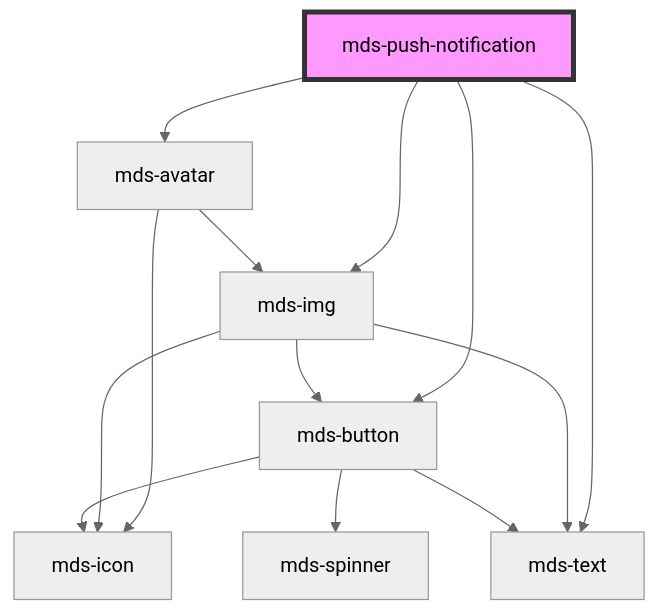
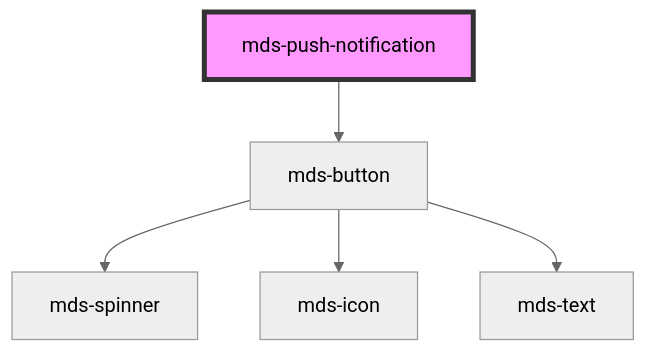
Before and after one commit to magma-design-system/magma: the diagram in projects/stencil/src/components/mds-push-notification/readme.md, drawn with Mermaid (neutral theme). The commit also changed other lines of this file and 43 other files, not shown here.

Commit message:
refact(mds-push-notification): refactor to respect component naming convention

````diff
--- a/projects/stencil/src/components/mds-push-notification/readme.md
+++ b/projects/stencil/src/components/mds-push-notification/readme.md
@@ -74,16 +87,8 @@
 ```mermaid
 graph TD;
-  mds-push-notification --> mds-avatar
-  mds-push-notification --> mds-img
-  mds-push-notification --> mds-text
   mds-push-notification --> mds-button
-  mds-avatar --> mds-img
-  mds-avatar --> mds-icon
-  mds-img --> mds-icon
-  mds-img --> mds-text
-  mds-img --> mds-button
   mds-button --> mds-spinner
   mds-button --> mds-icon
   mds-button --> mds-text
   style mds-push-notification fill:#f9f,stroke:#333,stroke-width:4px
 ```
````
